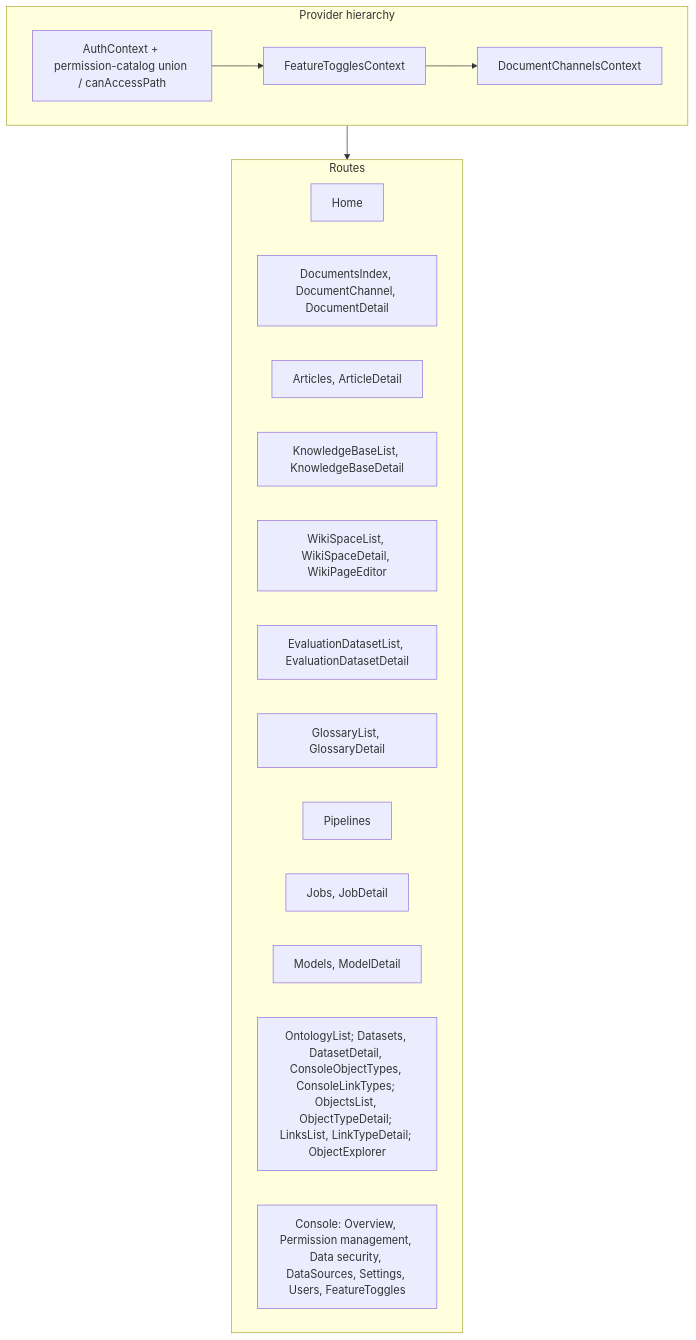
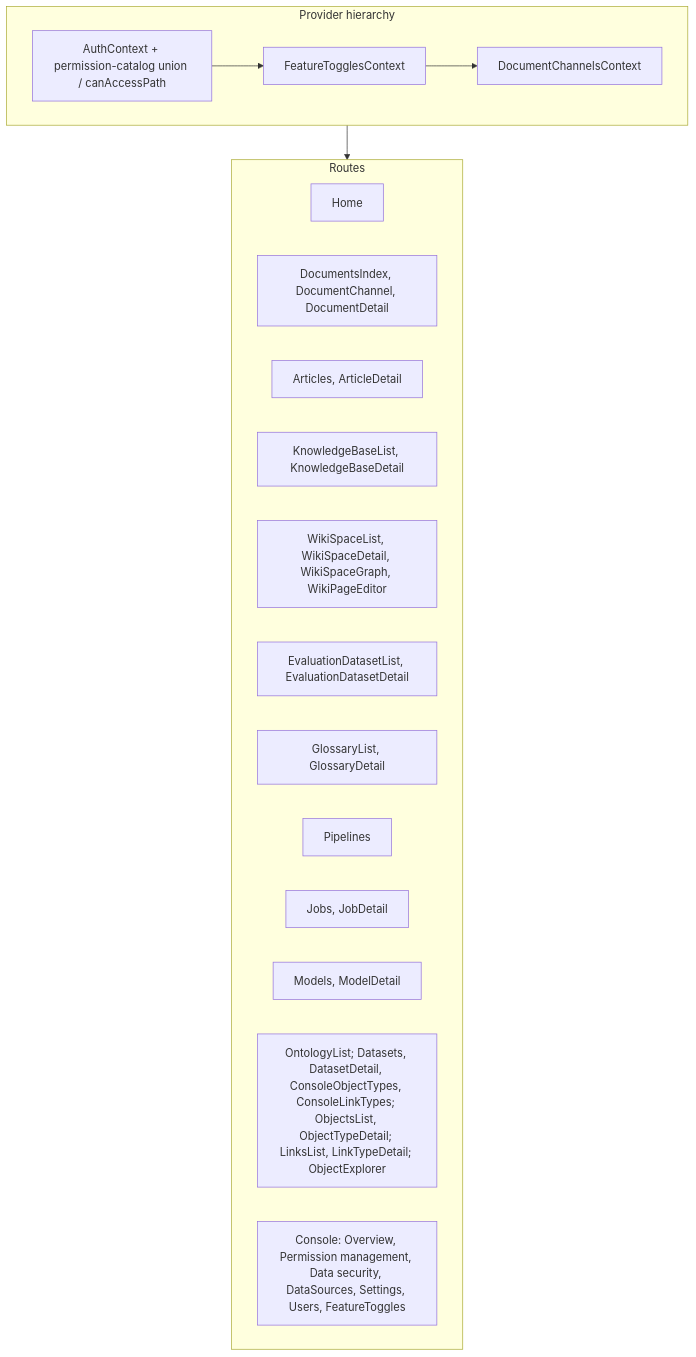
Before and after one commit to yingrui/openKMS: the second of 5 diagrams in docs/architecture.md, drawn with Mermaid. The commit also changed other lines of this file and 14 other files, not shown here.

First line of the commit message:
feat(wiki): Graph View for space page links

````diff
--- a/docs/architecture.md
+++ b/docs/architecture.md
@@ -62,27 +62,27 @@
 ```mermaid
 flowchart TB
   subgraph Providers["Provider hierarchy"]
     Auth[AuthContext + permission-catalog union / canAccessPath]
     FT[FeatureTogglesContext]
     DC[DocumentChannelsContext]
     Auth --> FT
     FT --> DC
   end
 
   subgraph Pages["Routes"]
     Home[Home]
     Docs[DocumentsIndex, DocumentChannel, DocumentDetail]
     Articles[Articles, ArticleDetail]
     KB[KnowledgeBaseList, KnowledgeBaseDetail]
-    Wiki[WikiSpaceList, WikiSpaceDetail, WikiPageEditor]
+    Wiki[WikiSpaceList, WikiSpaceDetail, WikiSpaceGraph, WikiPageEditor]
     Eval[EvaluationDatasetList, EvaluationDatasetDetail]
     Glossaries[GlossaryList, GlossaryDetail]
     Pipelines[Pipelines]
     Jobs[Jobs, JobDetail]
     Models[Models, ModelDetail]
     Ontology[OntologyList; Datasets, DatasetDetail, ConsoleObjectTypes, ConsoleLinkTypes; ObjectsList, ObjectTypeDetail; LinksList, LinkTypeDetail; ObjectExplorer]
     Console[Console: Overview, Permission management, Data security, DataSources, Settings, Users, FeatureToggles]
   end
 
   Providers --> Pages
 ```
````
